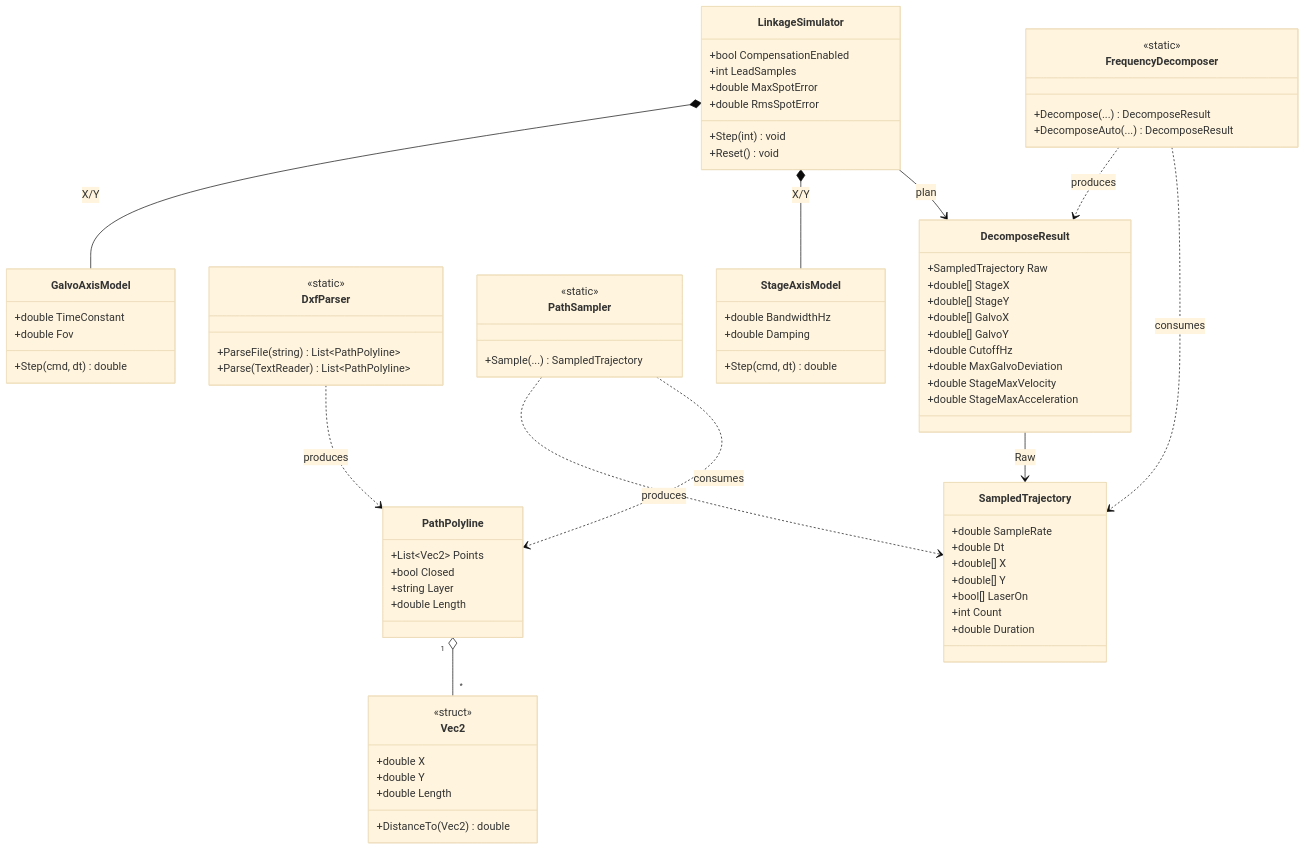
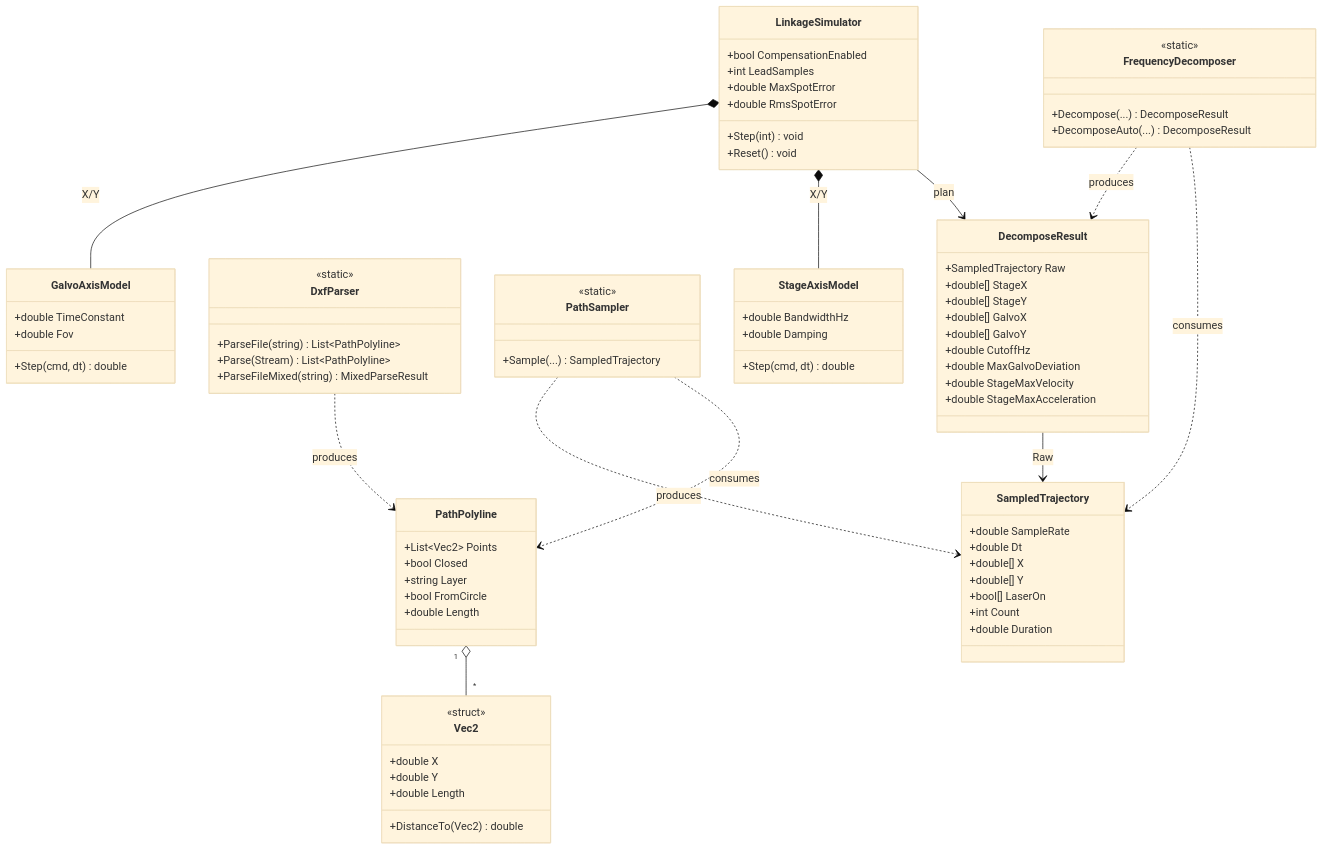
Before and after one commit to SmileBoy-TommyDu/GalvoStageMoveCooperation: the third of 8 diagrams in docs/架构图.md, drawn with Mermaid (base theme). The commit also changed other lines of this file and 16 other files, not shown here.

````diff
--- a/docs/架构图.md
+++ b/docs/架构图.md
@@ -79,79 +82,81 @@
 ```mermaid
 classDiagram
     class Vec2 {
         <<struct>>
         +double X
         +double Y
         +double Length
         +DistanceTo(Vec2) double
     }
     class PathPolyline {
         +List~Vec2~ Points
         +bool Closed
         +string Layer
+        +bool FromCircle
         +double Length
     }
     class SampledTrajectory {
         +double SampleRate
         +double Dt
         +double[] X
         +double[] Y
         +bool[] LaserOn
         +int Count
         +double Duration
     }
     class DecomposeResult {
         +SampledTrajectory Raw
         +double[] StageX
         +double[] StageY
         +double[] GalvoX
         +double[] GalvoY
         +double CutoffHz
         +double MaxGalvoDeviation
         +double StageMaxVelocity
         +double StageMaxAcceleration
     }
     class DxfParser {
         <<static>>
         +ParseFile(string) List~PathPolyline~
-        +Parse(TextReader) List~PathPolyline~
+        +Parse(Stream) List~PathPolyline~
+        +ParseFileMixed(string) MixedParseResult
     }
     class PathSampler {
         <<static>>
         +Sample(...) SampledTrajectory
     }
     class FrequencyDecomposer {
         <<static>>
         +Decompose(...) DecomposeResult
         +DecomposeAuto(...) DecomposeResult
     }
     class StageAxisModel {
         +double BandwidthHz
         +double Damping
         +Step(cmd, dt) double
     }
     class GalvoAxisModel {
         +double TimeConstant
         +double Fov
         +Step(cmd, dt) double
     }
     class LinkageSimulator {
         +bool CompensationEnabled
         +int LeadSamples
         +double MaxSpotError
         +double RmsSpotError
         +Step(int) void
         +Reset() void
     }
 
     PathPolyline "1" o-- "*" Vec2
     DxfParser ..> PathPolyline : produces
     PathSampler ..> PathPolyline : consumes
     PathSampler ..> SampledTrajectory : produces
     FrequencyDecomposer ..> SampledTrajectory : consumes
     FrequencyDecomposer ..> DecomposeResult : produces
     DecomposeResult --> SampledTrajectory : Raw
     LinkageSimulator --> DecomposeResult : plan
     LinkageSimulator *-- StageAxisModel : X/Y
     LinkageSimulator *-- GalvoAxisModel : X/Y
 ```
````
